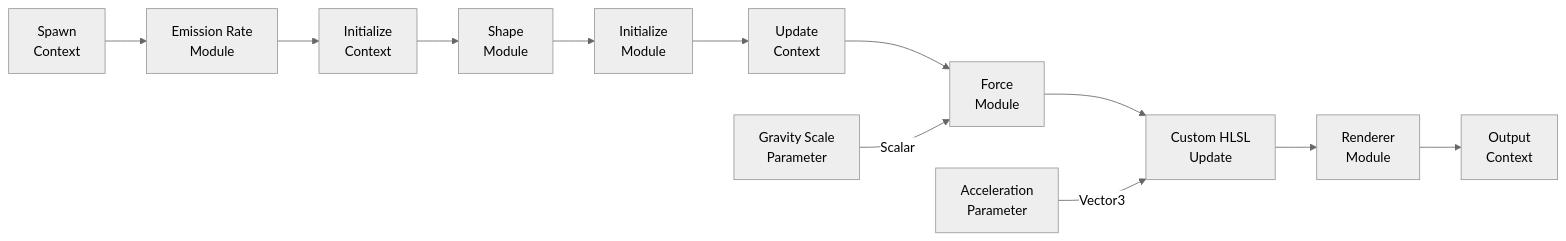
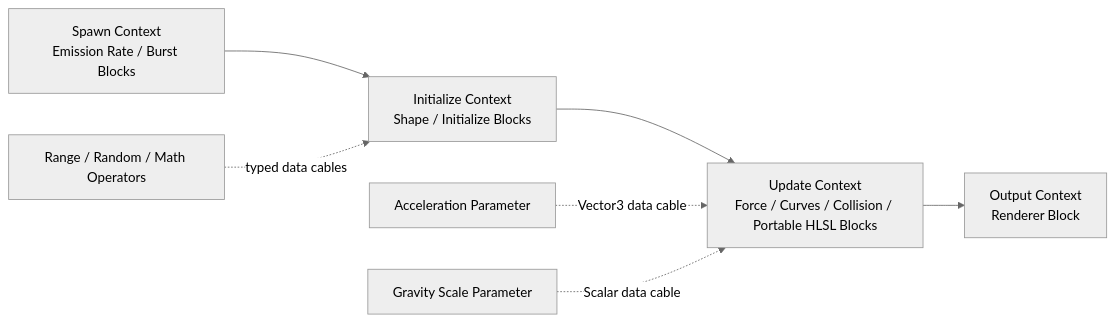
One commit to hcfgod/KeireEngine changed the eighth of 11 diagrams in docs/Vfx.md. Above: the diagram before and after it, drawn with Mermaid (neutral theme). The commit also changed other lines of this file and 60 other files, not shown here.

````diff
--- a/docs/Vfx.md
+++ b/docs/Vfx.md
@@ -329,14 +589,9 @@
 ```mermaid
 flowchart LR
-    Spawn["Spawn<br/>Context"] --> Rate["Emission Rate<br/>Module"]
-    Rate --> InitContext["Initialize<br/>Context"]
-    InitContext --> Shape["Shape<br/>Module"]
-    Shape --> Initialize["Initialize<br/>Module"]
-    Initialize --> UpdateContext["Update<br/>Context"]
-    UpdateContext --> Force["Force<br/>Module"]
-    Force --> Custom["Custom HLSL<br/>Update"]
-    Custom --> Renderer["Renderer<br/>Module"]
-    Renderer --> Output["Output<br/>Context"]
-    Accel["Acceleration<br/>Parameter"] -->|"Vector3"| Custom
-    Gravity["Gravity Scale<br/>Parameter"] -->|"Scalar"| Force
+    Spawn["Spawn Context<br/>Emission Rate / Burst Blocks"] --> Initialize["Initialize Context<br/>Shape / Initialize Blocks"]
+    Initialize --> Update["Update Context<br/>Force / Curves / Collision / Portable HLSL Blocks"]
+    Update --> Output["Output Context<br/>Renderer Block"]
+    Accel["Acceleration Parameter"] -. "Vector3 data cable" .-> Update
+    Gravity["Gravity Scale Parameter"] -. "Scalar data cable" .-> Update
+    Random["Range / Random / Math Operators"] -. "typed data cables" .-> Initialize
 ```
````
